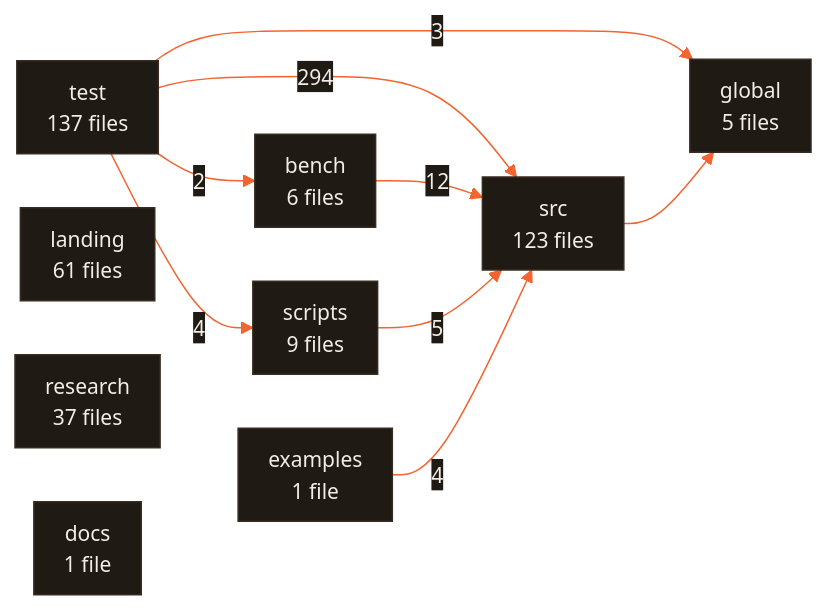
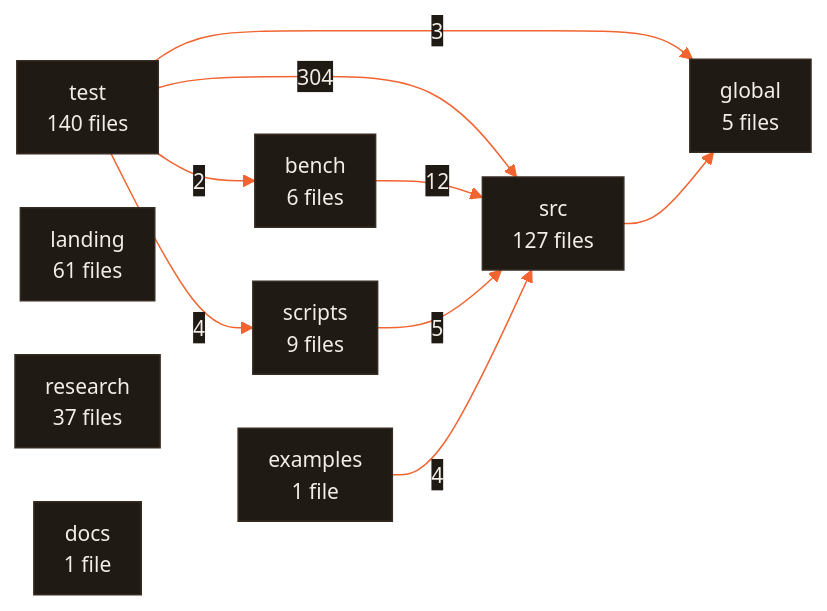
The diagram in ARCHITECTURE.md (CodeWithJuber/forgekit), drawn with Mermaid before and after one commit. The commit also changed other lines of this file and 33 other files, not shown here.

````diff
--- a/ARCHITECTURE.md
+++ b/ARCHITECTURE.md
@@ -637,21 +654,21 @@
 ```mermaid
 %%{init: {'theme':'base','themeVariables':{'primaryColor':'#201a15','primaryTextColor':'#f2ede7','primaryBorderColor':'#372c22','lineColor':'#f26430','secondaryColor':'#272019','tertiaryColor':'#171310','edgeLabelBackground':'#201a15','clusterBkg':'#171310','clusterBorder':'#4a3b2e','fontFamily':'ui-sans-serif, system-ui, sans-serif','fontSize':'14px'},'flowchart':{'curve':'basis','padding':10,'nodeSpacing':36,'rankSpacing':44}}}%%
 flowchart LR
-  test["test<br/>137 files"]
-  src["src<br/>123 files"]
+  test["test<br/>140 files"]
+  src["src<br/>127 files"]
   landing["landing<br/>61 files"]
   research["research<br/>37 files"]
   scripts["scripts<br/>9 files"]
   bench["bench<br/>6 files"]
   global["global<br/>5 files"]
   docs["docs<br/>1 file"]
   examples["examples<br/>1 file"]
-  test -- 294 --> src
+  test -- 304 --> src
   bench -- 12 --> src
   scripts -- 5 --> src
   examples -- 4 --> src
   test -- 4 --> scripts
   test -- 3 --> global
   test -- 2 --> bench
   src --> global
 ```
````
